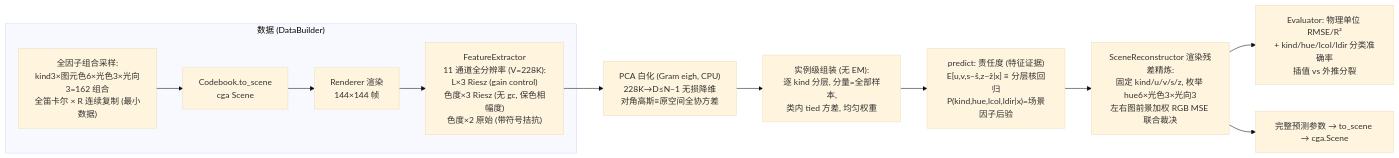
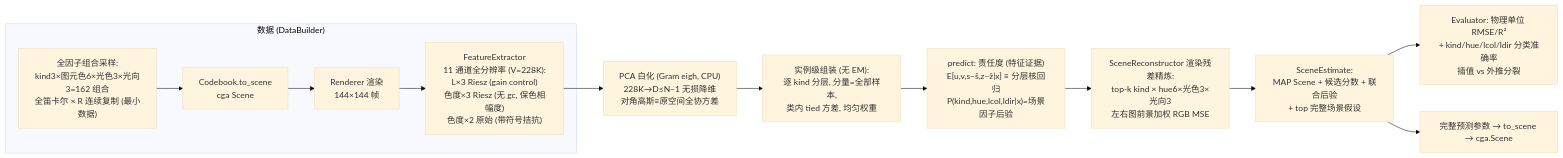
The first of 5 diagrams in docs/architecture.md (aki-xavier/conger), drawn with Mermaid (base theme) before and after one commit. The commit also changed other lines of this file and 8 other files, not shown here.

````diff
--- a/docs/architecture.md
+++ b/docs/architecture.md
@@ -19,15 +19,16 @@
 ```mermaid
 flowchart LR
     subgraph DATA["数据 (DataBuilder)"]
         SAMPLE["全因子组合采样:<br/>kind3×图元色6×光色3×光向3=162 组合<br/>全笛卡尔 × R 连续复制 (最小数据)"]
         --> SCENE["Codebook.to_scene<br/>cga Scene"]
         SCENE --> RENDER["Renderer 渲染<br/>144×144 帧"]
         RENDER --> FEAT["FeatureExtractor<br/>11 通道全分辨率 (V=228K):<br/>L×3 Riesz (gain control)<br/>色度×3 Riesz (无 gc, 保色相幅度)<br/>色度×2 原始 (带符号拮抗)"]
     end
     FEAT --> W["PCA 白化 (Gram eigh, CPU)<br/>228K→D≤N−1 无损降维<br/>对角高斯≡原空间全协方差"]
     W --> ASM["实例级组装 (无 EM):<br/>逐 kind 分层, 分量=全部样本,<br/>类内 tied 方差, 均匀权重"]
     ASM --> PRED["predict: 责任度 (特征证据)<br/>E[u,v,s−ŝ,z−ẑ|x] ≡ 分层核回归<br/>P(kind,hue,lcol,ldir|x)=场景因子后验"]
-    PRED --> REFINE["SceneReconstructor 渲染残差精炼:<br/>固定 kind/u/v/s/z, 枚举 hue6×光色3×光向3<br/>左右图前景加权 RGB MSE 联合裁决"]
-    REFINE --> EVAL["Evaluator: 物理单位 RMSE/R²<br/>+ kind/hue/lcol/ldir 分类准确率<br/>插值 vs 外推分裂"]
-    REFINE --> RECON["完整预测参数 → to_scene → cga.Scene"]
+    PRED --> REFINE["SceneReconstructor 渲染残差精炼:<br/>top-k kind × hue6×光色3×光向3<br/>左右图前景加权 RGB MSE"]
+    REFINE --> POST["SceneEstimate:<br/>MAP Scene + 候选分数 + 联合后验<br/>+ top 完整场景假设"]
+    POST --> EVAL["Evaluator: 物理单位 RMSE/R²<br/>+ kind/hue/lcol/ldir 分类准确率<br/>插值 vs 外推分裂"]
+    POST --> RECON["完整预测参数 → to_scene → cga.Scene"]
 ```
````
